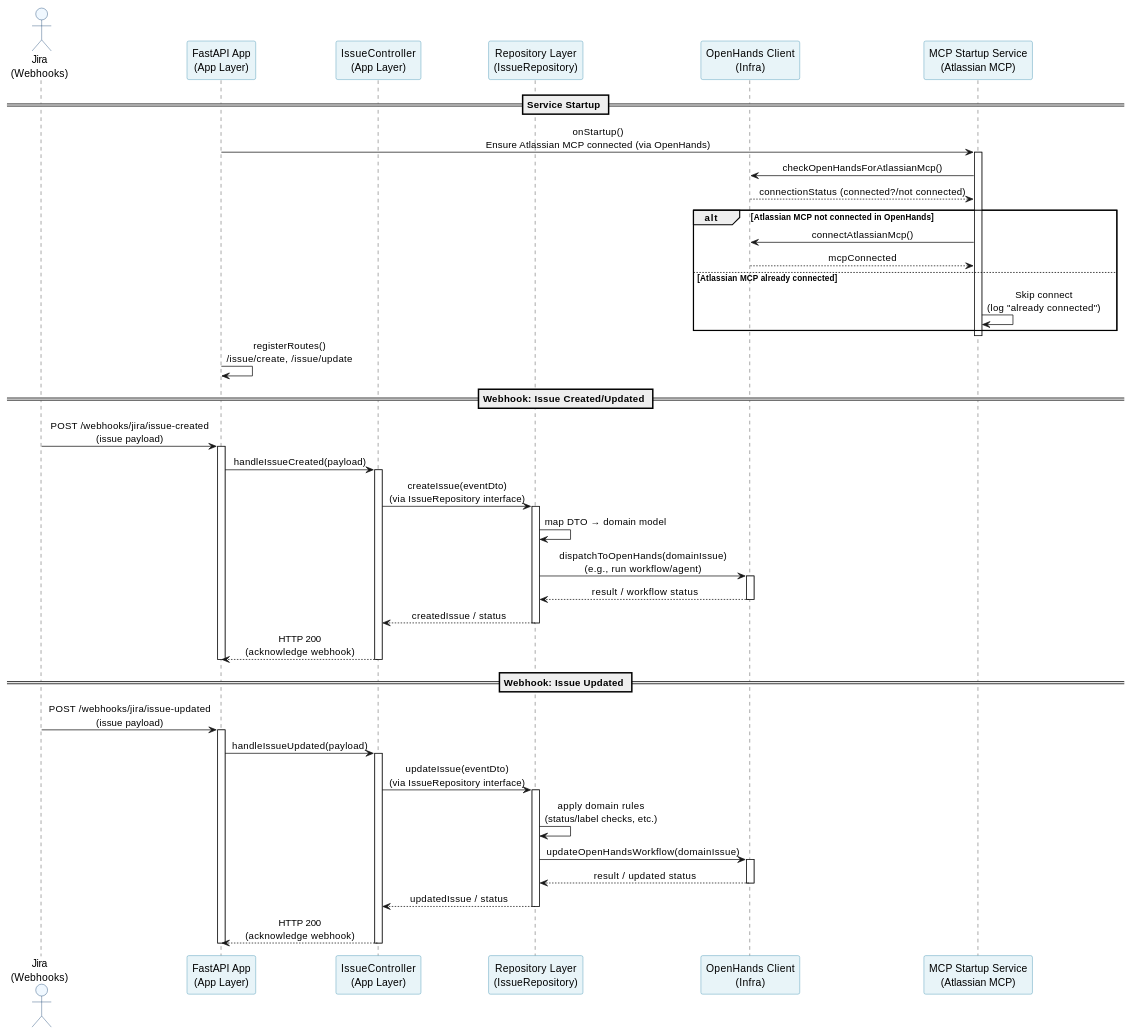
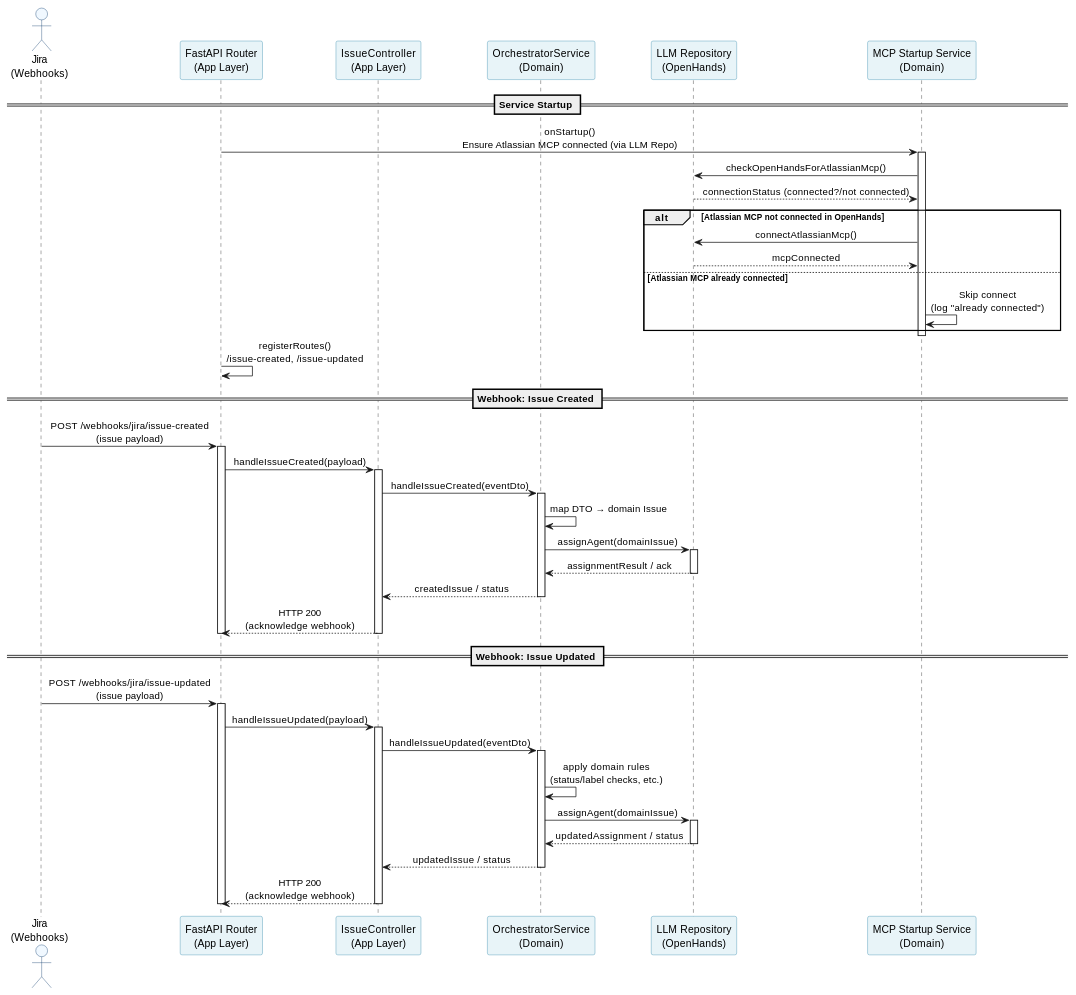
Before and after one commit to behnamrhp/ai-agents-orchestrator: the first of 2 diagrams in docs/architecture/project_architecture.md, drawn with PlantUML. The commit also changed other lines of this file and 26 other files, not shown here.

````diff
--- a/docs/architecture/project_architecture.md
+++ b/docs/architecture/project_architecture.md
@@ -24,78 +24,78 @@
 }
 
 actor "Jira\n(Webhooks)" as Jira
-participant "FastAPI App\n(App Layer)" as App
+participant "FastAPI Router\n(App Layer)" as Router
 participant "IssueController\n(App Layer)" as IssueController
-participant "Repository Layer\n(IssueRepository)" as Repo
-participant "OpenHands Client\n(Infra)" as OH
-participant "MCP Startup Service\n(Atlassian MCP)" as MCPService
+participant "OrchestratorService\n(Domain)" as OrchestratorSvc
+participant "LLM Repository\n(OpenHands)" as LlmRepo
+participant "MCP Startup Service\n(Domain)" as MCPService
 
 == Service Startup ==
 
-App -> MCPService: onStartup()\nEnsure Atlassian MCP connected (via OpenHands)
+Router -> MCPService: onStartup()\nEnsure Atlassian MCP connected (via LLM Repo)
 activate MCPService
 
-MCPService -> OH: checkOpenHandsForAtlassianMcp()
-OH --> MCPService: connectionStatus (connected?/not connected)
+MCPService -> LlmRepo: checkOpenHandsForAtlassianMcp()
+LlmRepo --> MCPService: connectionStatus (connected?/not connected)
 
 alt Atlassian MCP not connected in OpenHands
-    MCPService -> OH: connectAtlassianMcp()
-    OH --> MCPService: mcpConnected
+    MCPService -> LlmRepo: connectAtlassianMcp()
+    LlmRepo --> MCPService: mcpConnected
 else Atlassian MCP already connected
     MCPService -> MCPService: Skip connect\n(log "already connected")
 end
 
 deactivate MCPService
 
-App -> App: registerRoutes()\n/issue/create, /issue/update
+Router -> Router: registerRoutes()\n/issue-created, /issue-updated
 
-== Webhook: Issue Created/Updated ==
+== Webhook: Issue Created ==
 
-Jira -> App: POST /webhooks/jira/issue-created\n(issue payload)
-activate App
+Jira -> Router: POST /webhooks/jira/issue-created\n(issue payload)
+activate Router
 
-App -> IssueController: handleIssueCreated(payload)
+Router -> IssueController: handleIssueCreated(payload)
 activate IssueController
 
-IssueController -> Repo: createIssue(eventDto)\n(via IssueRepository interface)
-activate Repo
+IssueController -> OrchestratorSvc: handleIssueCreated(eventDto)
+activate OrchestratorSvc
 
-Repo -> Repo: map DTO → domain model
-Repo -> OH: dispatchToOpenHands(domainIssue)\n(e.g., run workflow/agent)
-activate OH
-OH --> Repo: result / workflow status
-deactivate OH
+OrchestratorSvc -> OrchestratorSvc: map DTO → domain Issue
+OrchestratorSvc -> LlmRepo: assignAgent(domainIssue)
+activate LlmRepo
+LlmRepo --> OrchestratorSvc: assignmentResult / ack
+deactivate LlmRepo
 
-Repo --> IssueController: createdIssue / status
-deactivate Repo
+OrchestratorSvc --> IssueController: createdIssue / status
+deactivate OrchestratorSvc
 
-IssueController --> App: HTTP 200\n(acknowledge webhook)
+IssueController --> Router: HTTP 200\n(acknowledge webhook)
 deactivate IssueController
-deactivate App
+deactivate Router
 
 == Webhook: Issue Updated ==
 
-Jira -> App: POST /webhooks/jira/issue-updated\n(issue payload)
-activate App
+Jira -> Router: POST /webhooks/jira/issue-updated\n(issue payload)
+activate Router
 
-App -> IssueController: handleIssueUpdated(payload)
+Router -> IssueController: handleIssueUpdated(payload)
 activate IssueController
 
-IssueController -> Repo: updateIssue(eventDto)\n(via IssueRepository interface)
-activate Repo
+IssueController -> OrchestratorSvc: handleIssueUpdated(eventDto)
+activate OrchestratorSvc
 
-Repo -> Repo: apply domain rules\n(status/label checks, etc.)
-Repo -> OH: updateOpenHandsWorkflow(domainIssue)
-activate OH
-OH --> Repo: result / updated status
-deactivate OH
+OrchestratorSvc -> OrchestratorSvc: apply domain rules\n(status/label checks, etc.)
+OrchestratorSvc -> LlmRepo: assignAgent(domainIssue)
+activate LlmRepo
+LlmRepo --> OrchestratorSvc: updatedAssignment / status
+deactivate LlmRepo
 
-Repo --> IssueController: updatedIssue / status
-deactivate Repo
+OrchestratorSvc --> IssueController: updatedIssue / status
+deactivate OrchestratorSvc
 
-IssueController --> App: HTTP 200\n(acknowledge webhook)
+IssueController --> Router: HTTP 200\n(acknowledge webhook)
 deactivate IssueController
-deactivate App
+deactivate Router
 
 @enduml
 ```
````
